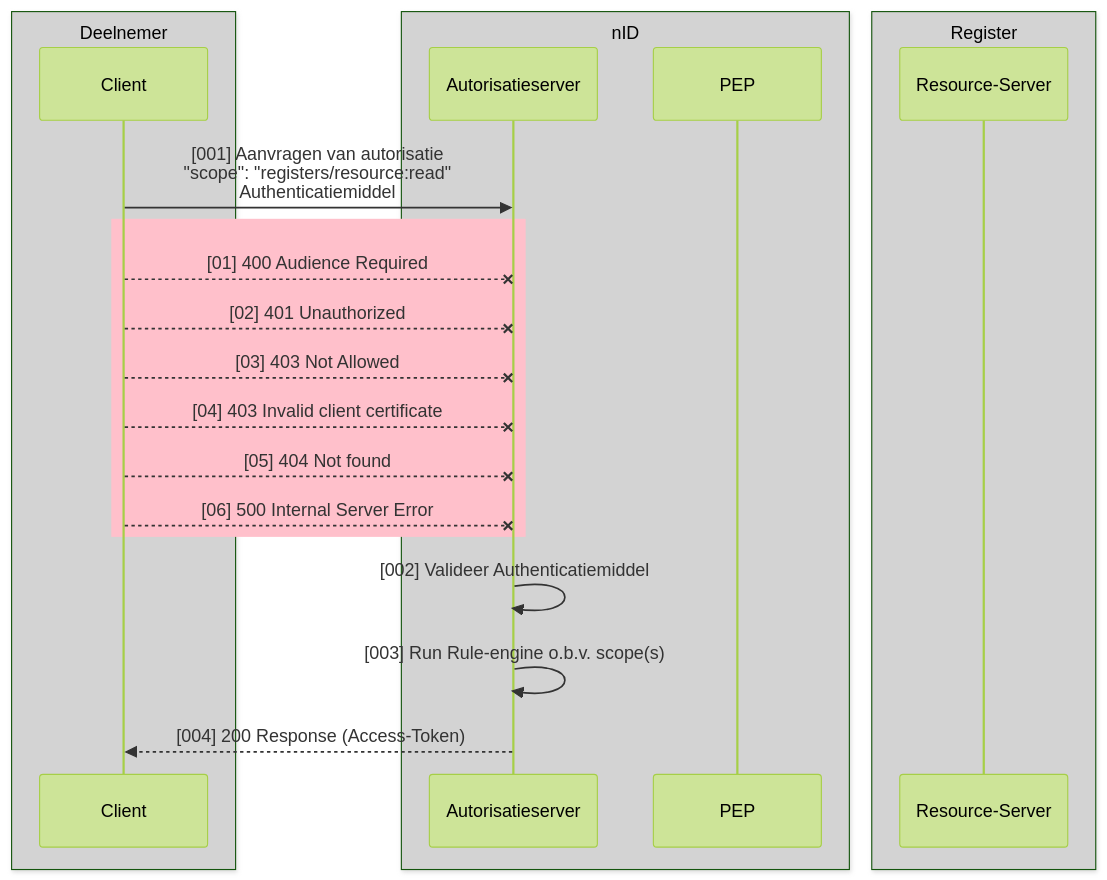
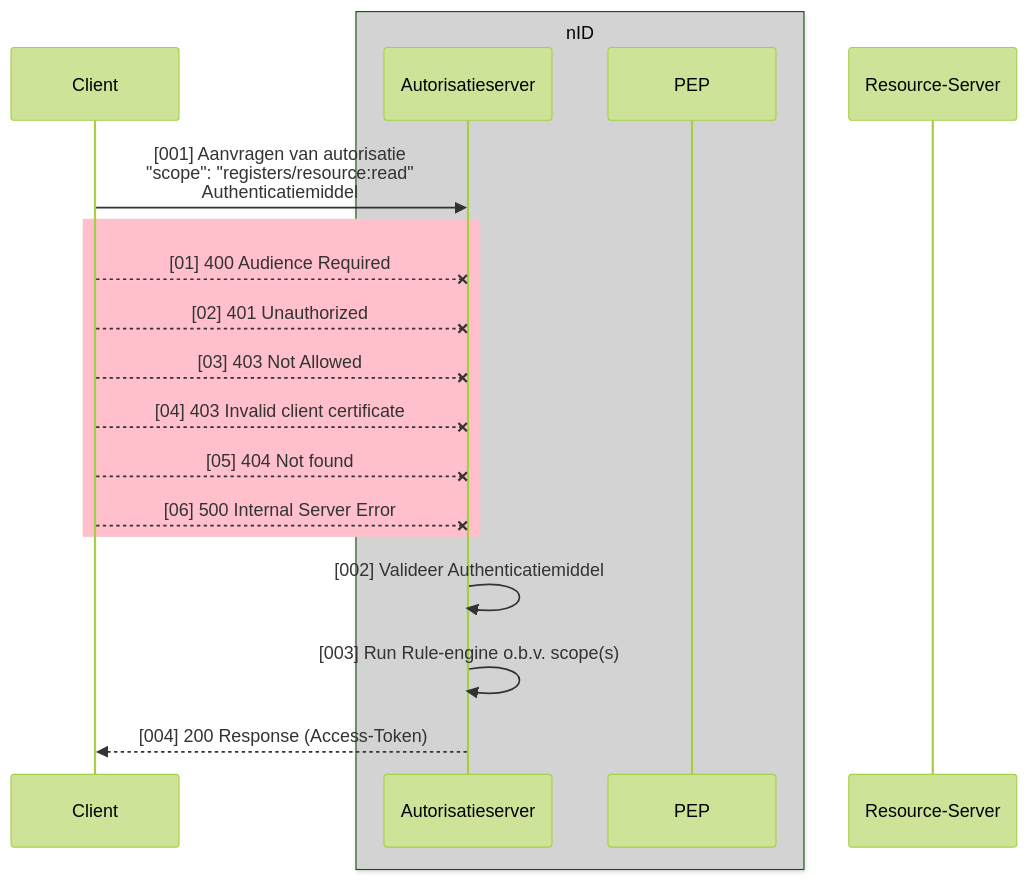
One commit to iStandaarden/Afsprakenstelsel-iWlz changed the tenth of 11 diagrams in docs/applicatie/nid_netwerkstelsel.md. Above: the diagram before and after it, drawn with Mermaid. The commit also changed other lines of this file, not shown here.

````diff
--- a/docs/applicatie/nid_netwerkstelsel.md
+++ b/docs/applicatie/nid_netwerkstelsel.md
@@ -776,35 +767,32 @@
 ```mermaid
 ---
 config:
   theme: forest
 ---
 sequenceDiagram
-    Box lightgrey Deelnemer 
+
     participant Client as Client
-    end
 
     Box lightgrey nID
     participant AuthzServer as Autorisatieserver
     participant PEP as PEP
     end
     
-    Box lightgrey Register
     participant ResourceServer as Resource-Server
-    end
 
     Client->>AuthzServer: [001] Aanvragen van autorisatie<br/>"scope": "registers/resource:read"<br/>Authenticatiemiddel
 
     rect pink
     Client--xAuthzServer: [01] 400 Audience Required
     Client--xAuthzServer: [02] 401 Unauthorized
     Client--xAuthzServer: [03] 403 Not Allowed
     Client--xAuthzServer: [04] 403 Invalid client certificate
     Client--xAuthzServer: [05] 404 Not found
     Client--xAuthzServer: [06] 500 Internal Server Error
     end
 
     AuthzServer->>AuthzServer: [002] Valideer Authenticatiemiddel
     AuthzServer->>AuthzServer: [003] Run Rule-engine o.b.v. scope(s)
 
     AuthzServer-->>Client: [004] 200 Response (Access-Token)
 ```
````
